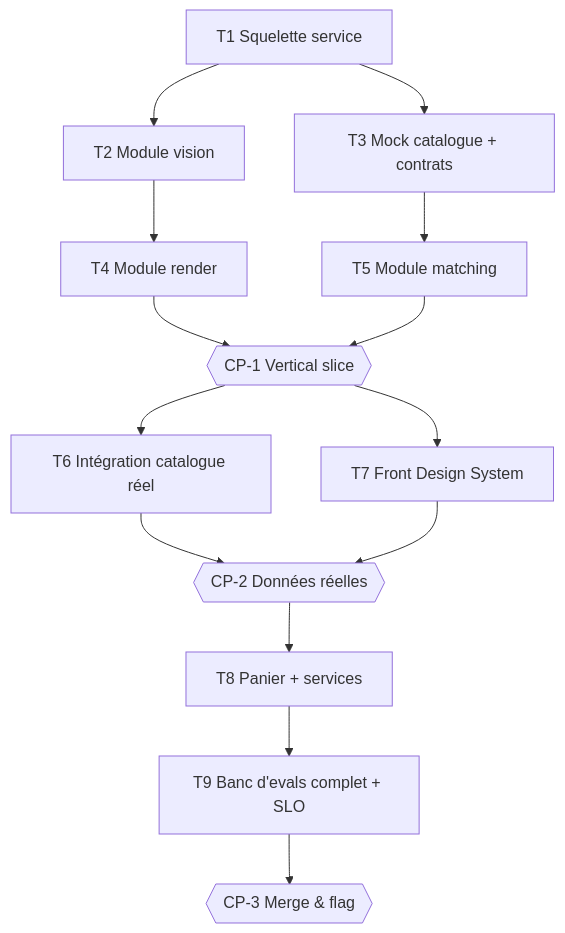
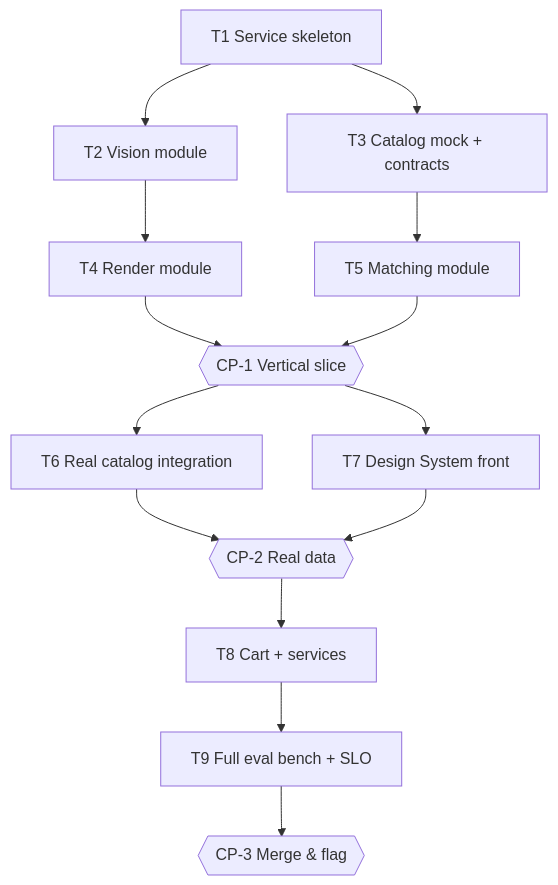
Before and after one commit to antoinelef23/Claudo: the diagram in examples/agent-douche/tasks.md, drawn with Mermaid. The commit also changed other lines of this file and 85 other files, not shown here.

````diff
--- a/examples/agent-douche/tasks.md
+++ b/examples/agent-douche/tasks.md
@@ -18,16 +18,16 @@
 ```mermaid
 flowchart TD
-    T1[T1 Squelette service] --> T2[T2 Module vision]
-    T1 --> T3[T3 Mock catalogue + contrats]
-    T2 --> T4[T4 Module render]
-    T3 --> T5[T5 Module matching]
+    T1[T1 Service skeleton] --> T2[T2 Vision module]
+    T1 --> T3[T3 Catalog mock + contracts]
+    T2 --> T4[T4 Render module]
+    T3 --> T5[T5 Matching module]
     T4 --> CP1{{CP-1 Vertical slice}}
     T5 --> CP1
-    CP1 --> T6[T6 Intégration catalogue réel]
-    CP1 --> T7[T7 Front Design System]
-    T6 --> CP2{{CP-2 Données réelles}}
+    CP1 --> T6[T6 Real catalog integration]
+    CP1 --> T7[T7 Design System front]
+    T6 --> CP2{{CP-2 Real data}}
     T7 --> CP2
-    CP2 --> T8[T8 Panier + services]
-    T8 --> T9[T9 Banc d'evals complet + SLO]
+    CP2 --> T8[T8 Cart + services]
+    T8 --> T9[T9 Full eval bench + SLO]
     T9 --> CP3{{CP-3 Merge & flag}}
 ```
````
